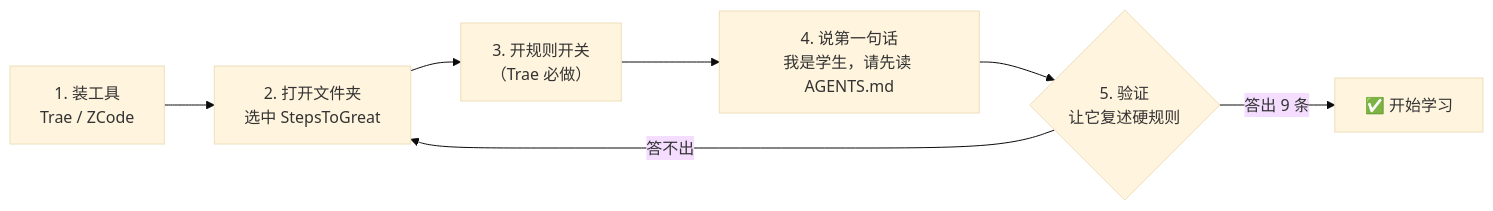
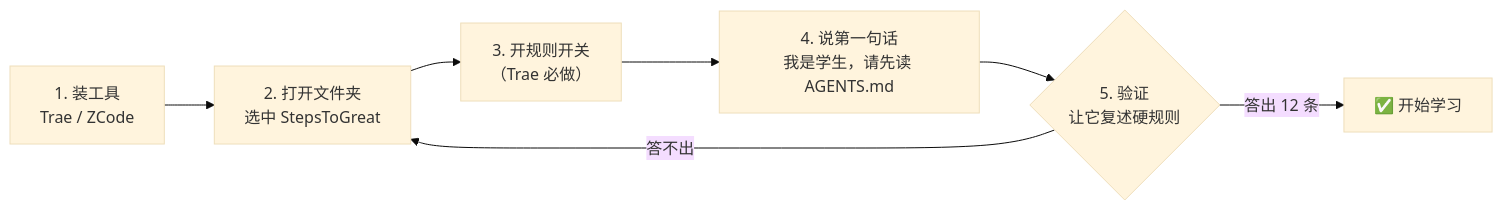
Before and after one commit to wildcat430524/StepsToGreat: the first of 3 diagrams in 教程/界面示意图.md, drawn with Mermaid (base theme). The commit also changed other lines of this file and 25 other files, not shown here.

````diff
--- a/教程/界面示意图.md
+++ b/教程/界面示意图.md
@@ -32,9 +32,9 @@
 ```mermaid
 flowchart LR
     A["1. 装工具<br/>Trae / ZCode"] --> B["2. 打开文件夹<br/>选中 StepsToGreat"]
     B --> C["3. 开规则开关<br/>（Trae 必做）"]
     C --> D["4. 说第一句话<br/>我是学生，请先读 AGENTS.md"]
     D --> E{"5. 验证<br/>让它复述硬规则"}
-    E -->|"答出 9 条"| F["✅ 开始学习"]
+    E -->|"答出 12 条"| F["✅ 开始学习"]
     E -->|"答不出"| B
 ```
````
